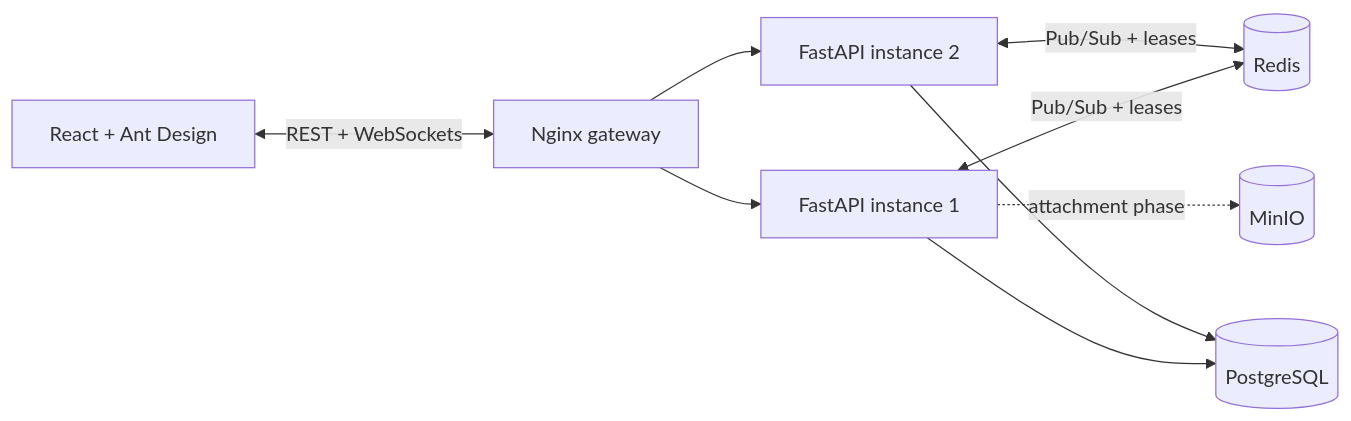
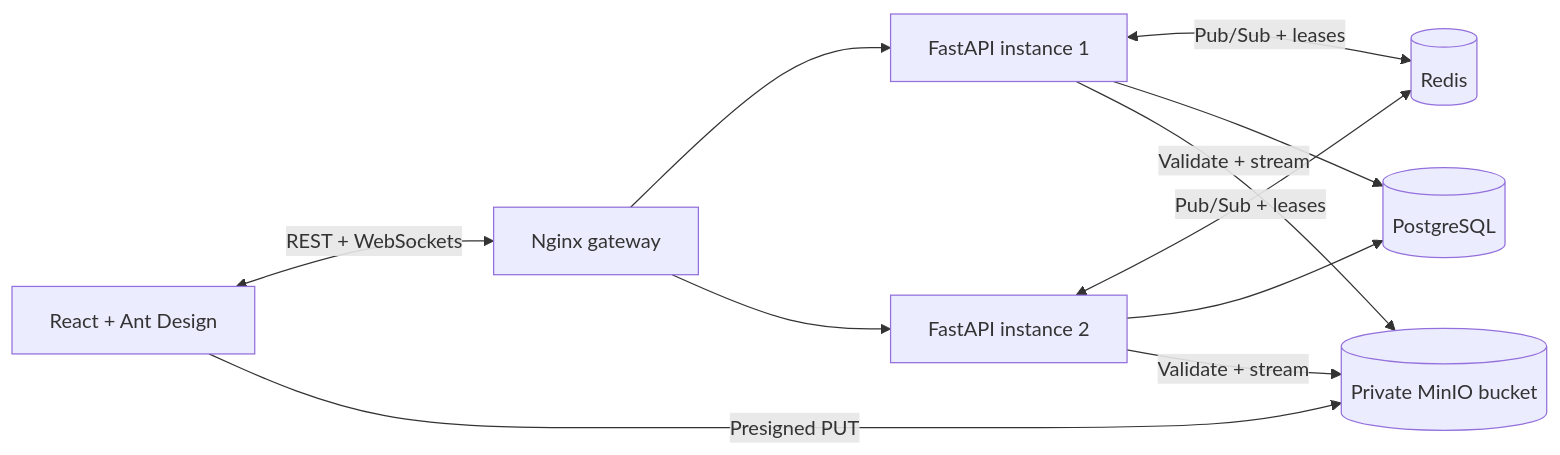
The diagram in README.md (Singatha/chatterbox), drawn with Mermaid before and after one commit. The commit also changed other lines of this file and 35 other files, not shown here.

````diff
--- a/README.md
+++ b/README.md
@@ -42,11 +47,13 @@
 ```mermaid
 flowchart LR
     Browser[React + Ant Design] <-->|REST + WebSockets| Gateway[Nginx gateway]
     Gateway --> API1[FastAPI instance 1]
     Gateway --> API2[FastAPI instance 2]
     API1 <-->|Pub/Sub + leases| Redis[(Redis)]
     API2 <-->|Pub/Sub + leases| Redis
     API1 --> DB[(PostgreSQL)]
     API2 --> DB
-    API1 -. attachment phase .-> MinIO[(MinIO)]
+    Browser -->|Presigned PUT| MinIO[(Private MinIO bucket)]
+    API1 -->|Validate + stream| MinIO
+    API2 -->|Validate + stream| MinIO
 ```
````
